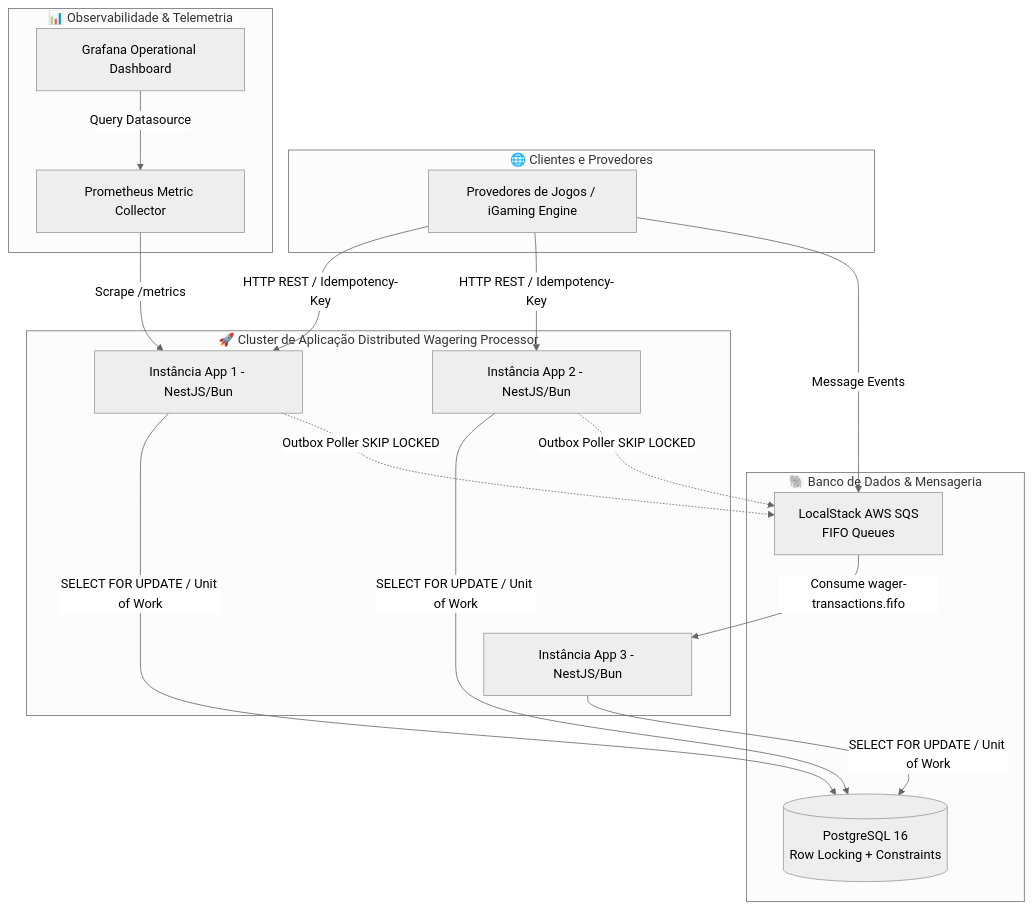
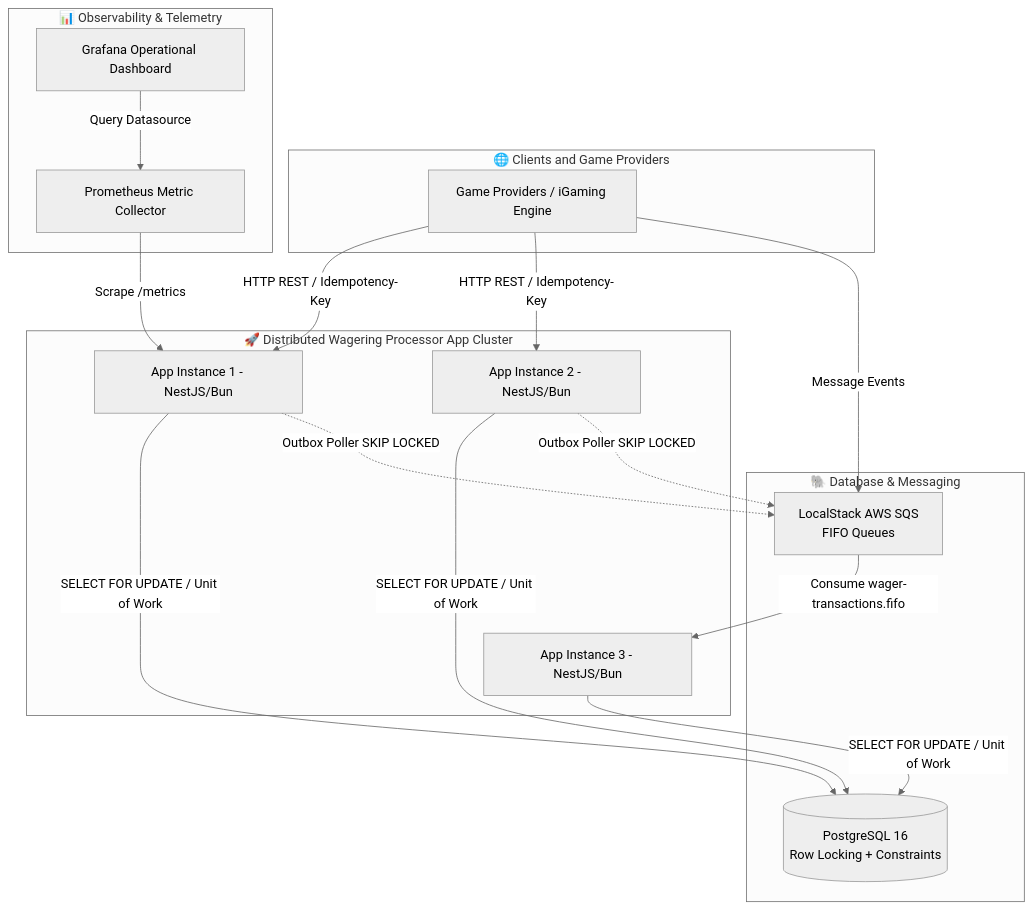
Before and after one commit to matheustheus27/DistributedWageringProcessor: the second of 2 diagrams in ARCHITECTURE.md, drawn with Mermaid (neutral theme). The commit also changed other lines of this file and 15 other files, not shown here.

Commit message:
docs: add architectural documentation covering system overview, messaging, concurrency, and testing guides

````diff
--- a/ARCHITECTURE.md
+++ b/ARCHITECTURE.md
@@ -85,38 +85,38 @@
 ```mermaid
 graph TB
-    subgraph Clients[" 🌐 Clientes e Provedores "]
-        Provider[Provedores de Jogos / iGaming Engine]
+    subgraph Clients[" 🌐 Clients and Game Providers "]
+        Provider[Game Providers / iGaming Engine]
     end
 
-    subgraph Cluster[" 🚀 Cluster de Aplicação Distributed Wagering Processor "]
-        App1[Instância App 1 - NestJS/Bun]
-        App2[Instância App 2 - NestJS/Bun]
-        App3[Instância App 3 - NestJS/Bun]
+    subgraph Cluster[" 🚀 Distributed Wagering Processor App Cluster "]
+        App1[App Instance 1 - NestJS/Bun]
+        App2[App Instance 2 - NestJS/Bun]
+        App3[App Instance 3 - NestJS/Bun]
     end
 
-    subgraph Infra[" 🐘 Banco de Dados & Mensageria "]
+    subgraph Infra[" 🐘 Database & Messaging "]
         DB[(PostgreSQL 16\nRow Locking + Constraints)]
         SQS[LocalStack AWS SQS\nFIFO Queues]
     end
 
-    subgraph Observability[" 📊 Observabilidade & Telemetria "]
+    subgraph Observability[" 📊 Observability & Telemetry "]
         Prometheus[Prometheus Metric Collector]
         Grafana[Grafana Operational Dashboard]
     end
 
     Provider -->|HTTP REST / Idempotency-Key| App1
     Provider -->|HTTP REST / Idempotency-Key| App2
     Provider -->|Message Events| SQS
 
     SQS -->|Consume wager-transactions.fifo| App3
 
     App1 -->|SELECT FOR UPDATE / Unit of Work| DB
     App2 -->|SELECT FOR UPDATE / Unit of Work| DB
     App3 -->|SELECT FOR UPDATE / Unit of Work| DB
 
     App1 -.->|Outbox Poller SKIP LOCKED| SQS
     App2 -.->|Outbox Poller SKIP LOCKED| SQS
 
     Prometheus -->|Scrape /metrics| App1
     Grafana -->|Query Datasource| Prometheus
 ```
````
